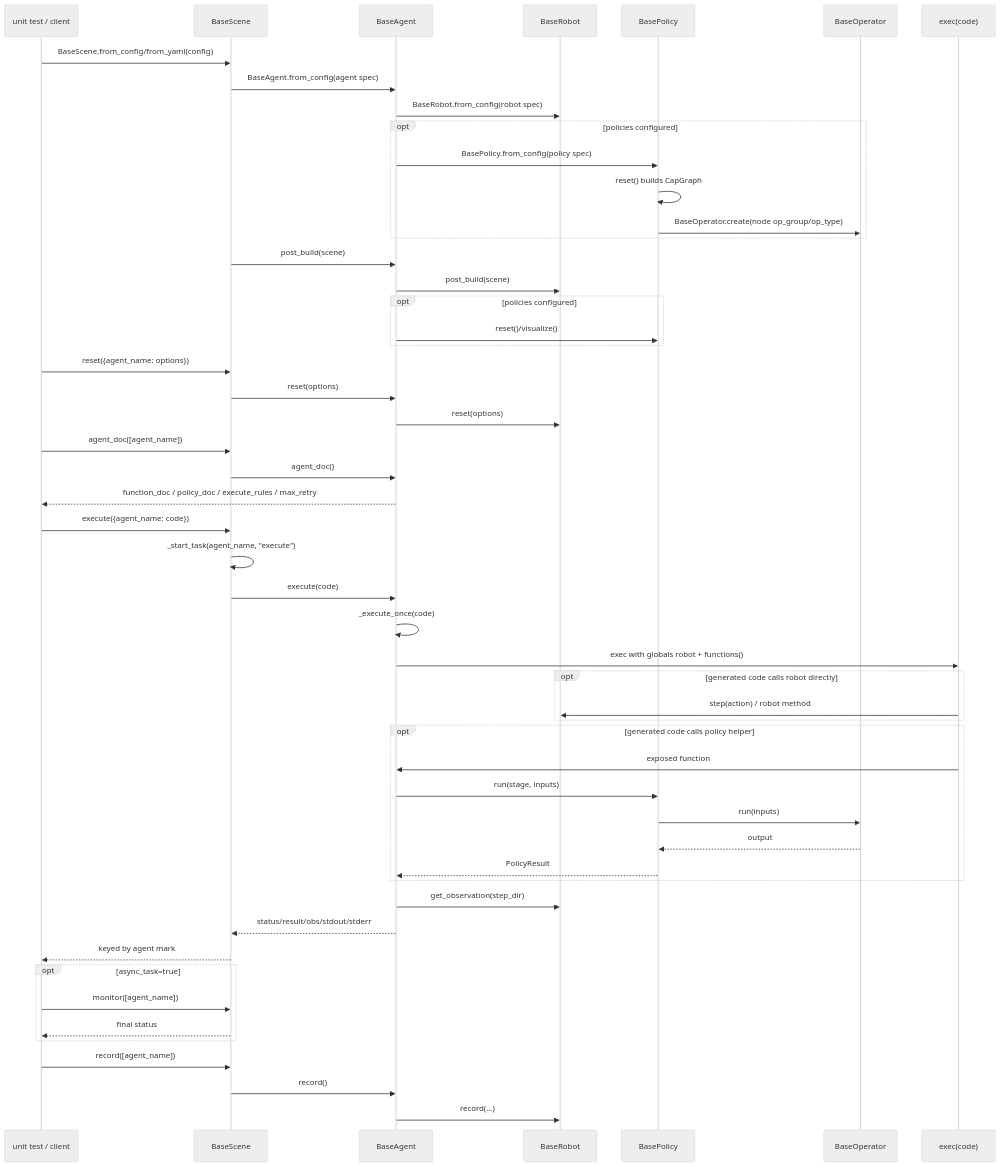
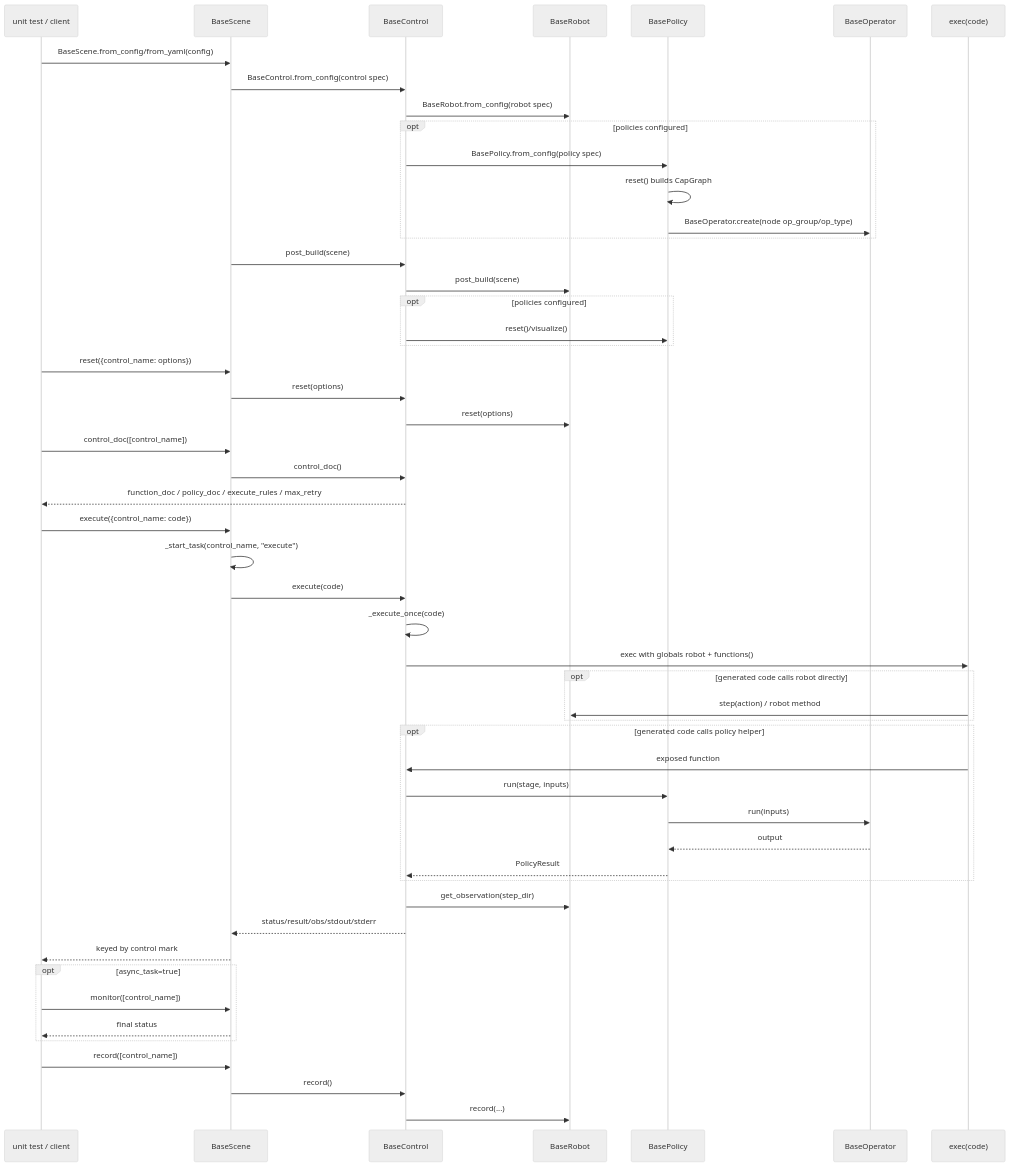
Before and after one commit to Archermmt/cap_general: the diagram in docs/local_execution_flow.mmd, drawn with Mermaid (neutral theme). The commit also changed 77 other files, not shown here.

```diff
--- a/docs/local_execution_flow.mmd
+++ b/docs/local_execution_flow.mmd
@@ -1,58 +1,58 @@
 sequenceDiagram
     participant UT as unit test / client
     participant Scene as BaseScene
-    participant Agent as BaseAgent
+    participant Control as BaseControl
     participant Robot as BaseRobot
     participant Policy as BasePolicy
     participant Operator as BaseOperator
     participant Code as exec(code)
 
     UT->>Scene: BaseScene.from_config/from_yaml(config)
-    Scene->>Agent: BaseAgent.from_config(agent spec)
-    Agent->>Robot: BaseRobot.from_config(robot spec)
+    Scene->>Control: BaseControl.from_config(control spec)
+    Control->>Robot: BaseRobot.from_config(robot spec)
     opt policies configured
-        Agent->>Policy: BasePolicy.from_config(policy spec)
+        Control->>Policy: BasePolicy.from_config(policy spec)
         Policy->>Policy: reset() builds CapGraph
         Policy->>Operator: BaseOperator.create(node op_group/op_type)
     end
-    Scene->>Agent: post_build(scene)
-    Agent->>Robot: post_build(scene)
+    Scene->>Control: post_build(scene)
+    Control->>Robot: post_build(scene)
     opt policies configured
-        Agent->>Policy: reset()/visualize()
+        Control->>Policy: reset()/visualize()
     end
 
-    UT->>Scene: reset({agent_name: options})
-    Scene->>Agent: reset(options)
-    Agent->>Robot: reset(options)
+    UT->>Scene: reset({control_name: options})
+    Scene->>Control: reset(options)
+    Control->>Robot: reset(options)
 
-    UT->>Scene: agent_doc([agent_name])
-    Scene->>Agent: agent_doc()
-    Agent-->>UT: function_doc / policy_doc / execute_rules / max_retry
+    UT->>Scene: control_doc([control_name])
+    Scene->>Control: control_doc()
+    Control-->>UT: function_doc / policy_doc / execute_rules / max_retry
 
-    UT->>Scene: execute({agent_name: code})
-    Scene->>Scene: _start_task(agent_name, "execute")
-    Scene->>Agent: execute(code)
-    Agent->>Agent: _execute_once(code)
-    Agent->>Code: exec with globals robot + functions()
+    UT->>Scene: execute({control_name: code})
+    Scene->>Scene: _start_task(control_name, "execute")
+    Scene->>Control: execute(code)
+    Control->>Control: _execute_once(code)
+    Control->>Code: exec with globals robot + functions()
     opt generated code calls robot directly
         Code->>Robot: step(action) / robot method
     end
     opt generated code calls policy helper
-        Code->>Agent: exposed function
-        Agent->>Policy: run(stage, inputs)
+        Code->>Control: exposed function
+        Control->>Policy: run(stage, inputs)
         Policy->>Operator: run(inputs)
         Operator-->>Policy: output
-        Policy-->>Agent: PolicyResult
+        Policy-->>Control: PolicyResult
     end
-    Agent->>Robot: get_observation(step_dir)
-    Agent-->>Scene: status/result/obs/stdout/stderr
-    Scene-->>UT: keyed by agent mark
+    Control->>Robot: get_observation(step_dir)
+    Control-->>Scene: status/result/obs/stdout/stderr
+    Scene-->>UT: keyed by control mark
 
     opt async_task=true
-      UT->>Scene: monitor([agent_name])
+      UT->>Scene: monitor([control_name])
       Scene-->>UT: final status
     end
 
-    UT->>Scene: record([agent_name])
-    Scene->>Agent: record()
-    Agent->>Robot: record(...)
+    UT->>Scene: record([control_name])
+    Scene->>Control: record()
+    Control->>Robot: record(...)
```
